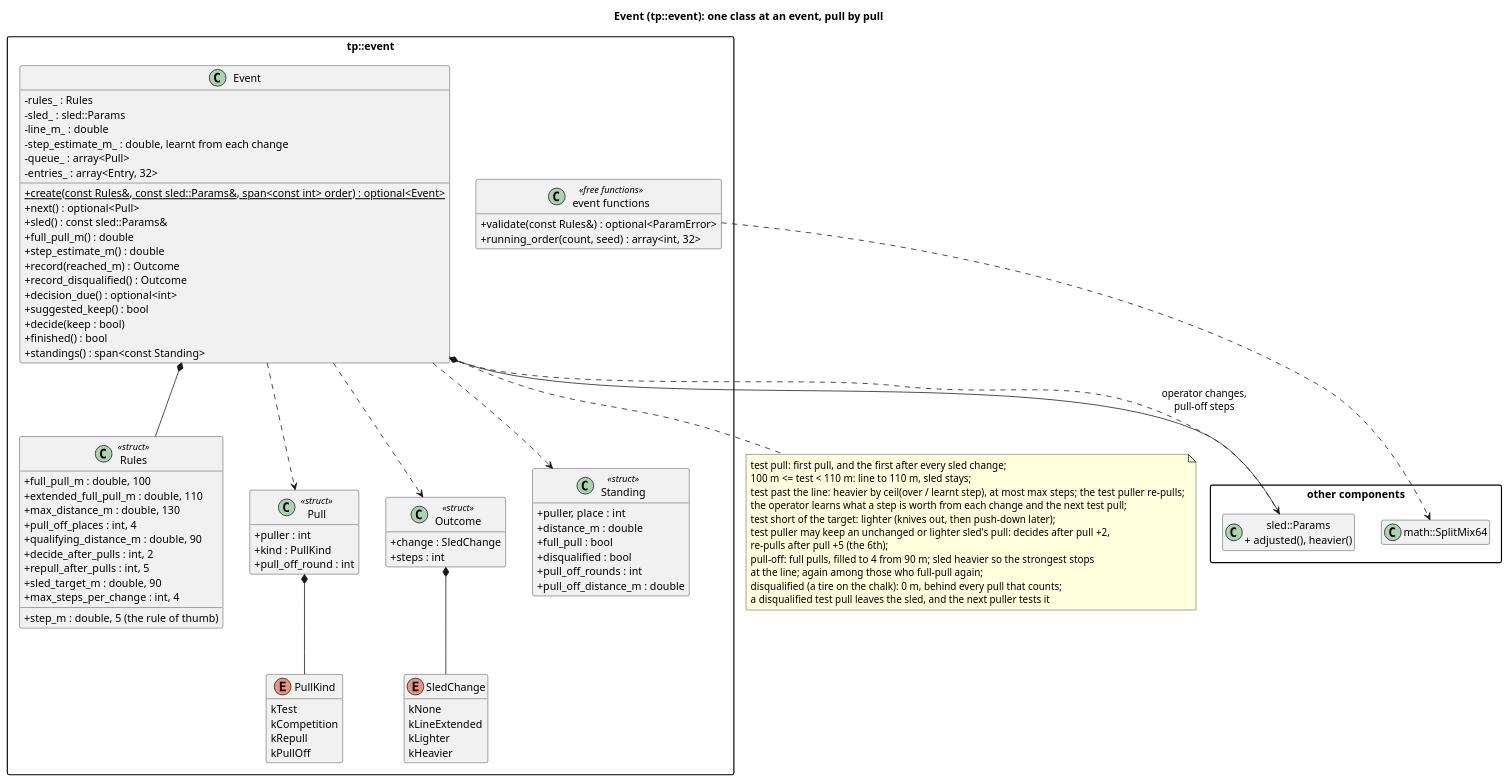
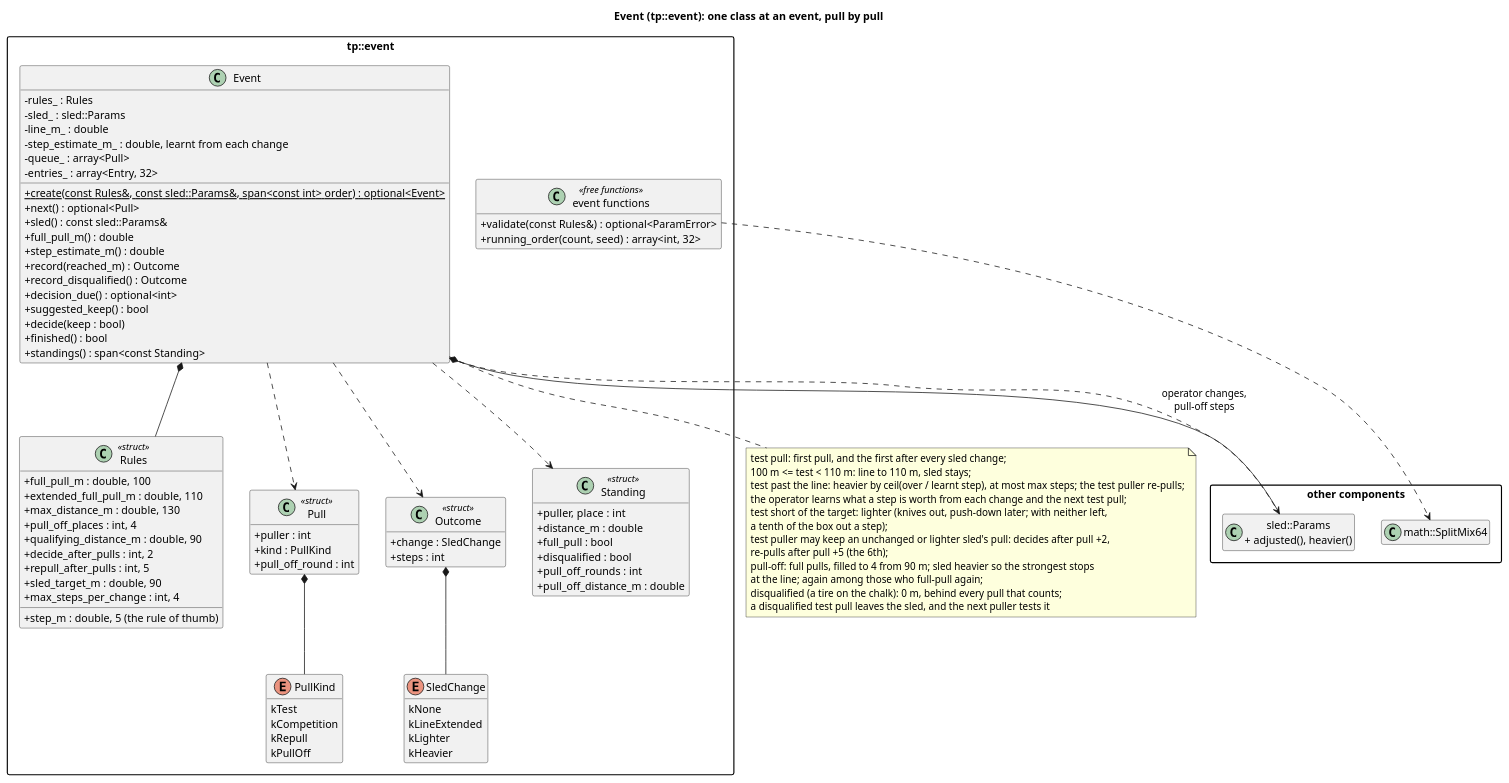
Before and after one commit to wversteeg/TractorPulling: the diagram in docs/diagrams/event_classes.puml, drawn with PlantUML. The commit also changed 13 other files, not shown here.

First line of the commit message:
Sled operator: expects the player's own tractor, and can take box weight out

```diff
--- a/docs/diagrams/event_classes.puml
+++ b/docs/diagrams/event_classes.puml
@@ -1,101 +1,102 @@
 @startuml event_classes
 title Event (tp::event): one class at an event, pull by pull
 hide empty members
 skinparam packageStyle rectangle
 skinparam classAttributeIconSize 0
 
 package "other components" {
   class "sled::Params\n+ adjusted(), heavier()" as Sled
   class "math::SplitMix64" as Random
 }
 
 package "tp::event" {
   class Rules <<struct>> {
     +full_pull_m : double, 100
     +extended_full_pull_m : double, 110
     +max_distance_m : double, 130
     +pull_off_places : int, 4
     +qualifying_distance_m : double, 90
     +decide_after_pulls : int, 2
     +repull_after_pulls : int, 5
     +sled_target_m : double, 90
     +step_m : double, 5 (the rule of thumb)
     +max_steps_per_change : int, 4
   }
   class Pull <<struct>> {
     +puller : int
     +kind : PullKind
     +pull_off_round : int
   }
   enum PullKind {
     kTest
     kCompetition
     kRepull
     kPullOff
   }
   enum SledChange {
     kNone
     kLineExtended
     kLighter
     kHeavier
   }
   class Outcome <<struct>> {
     +change : SledChange
     +steps : int
   }
   class Standing <<struct>> {
     +puller, place : int
     +distance_m : double
     +full_pull : bool
     +disqualified : bool
     +pull_off_rounds : int
     +pull_off_distance_m : double
   }
   class Event {
     -rules_ : Rules
     -sled_ : sled::Params
     -line_m_ : double
     -step_estimate_m_ : double, learnt from each change
     -queue_ : array<Pull>
     -entries_ : array<Entry, 32>
     +{static} create(const Rules&, const sled::Params&, span<const int> order) : optional<Event>
     +next() : optional<Pull>
     +sled() : const sled::Params&
     +full_pull_m() : double
     +step_estimate_m() : double
     +record(reached_m) : Outcome
     +record_disqualified() : Outcome
     +decision_due() : optional<int>
     +suggested_keep() : bool
     +decide(keep : bool)
     +finished() : bool
     +standings() : span<const Standing>
   }
   class "event functions" as EventFns <<free functions>> {
     +validate(const Rules&) : optional<ParamError>
     +running_order(count, seed) : array<int, 32>
   }
   Event *-- Rules
   Event ..> Pull
   Event ..> Outcome
   Event ..> Standing
   Pull *-- PullKind
   Outcome *-- SledChange
 }
 Event *-- Sled
 Event ..> Sled : operator changes,\npull-off steps
 EventFns ..> Random
 note bottom of Event
   test pull: first pull, and the first after every sled change;
   100 m <= test < 110 m: line to 110 m, sled stays;
   test past the line: heavier by ceil(over / learnt step), at most max steps; the test puller re-pulls;
   the operator learns what a step is worth from each change and the next test pull;
-  test short of the target: lighter (knives out, then push-down later);
+  test short of the target: lighter (knives out, push-down later; with neither left,
+  a tenth of the box out a step);
   test puller may keep an unchanged or lighter sled's pull: decides after pull +2,
   re-pulls after pull +5 (the 6th);
   pull-off: full pulls, filled to 4 from 90 m; sled heavier so the strongest stops
   at the line; again among those who full-pull again;
   disqualified (a tire on the chalk): 0 m, behind every pull that counts;
   a disqualified test pull leaves the sled, and the next puller tests it
 end note
 @enduml
```
